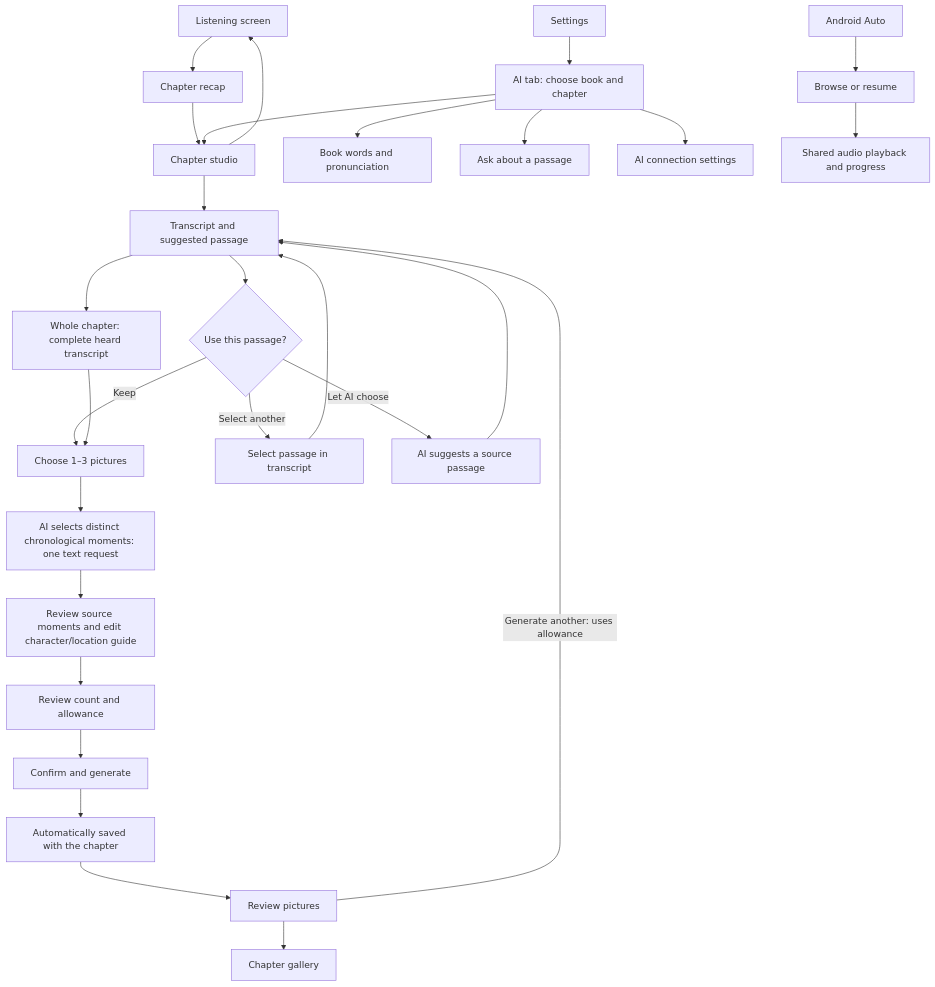
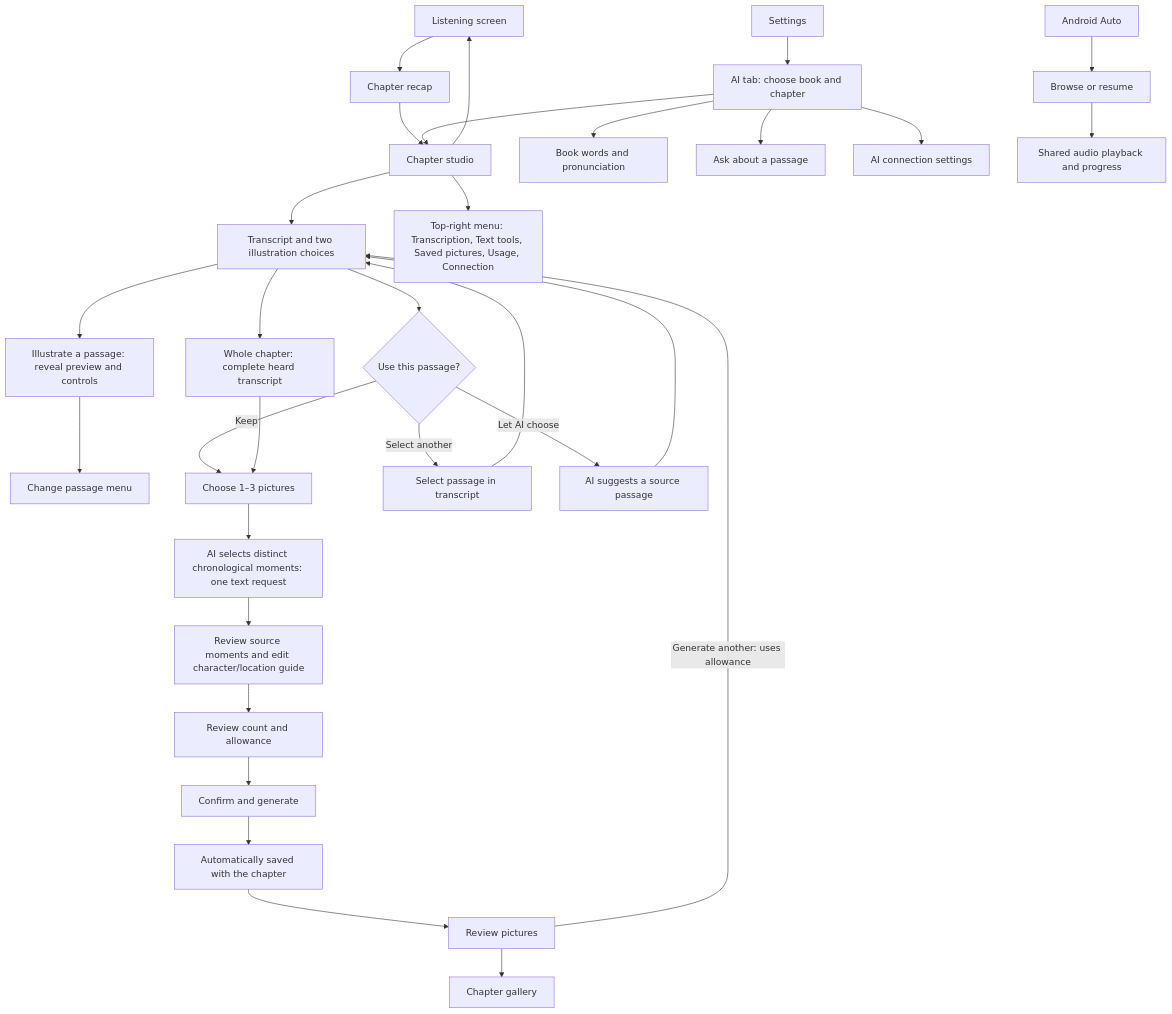
The diagram in docs/ai-user-flow.md (AdLgames/morrowaudio), drawn with Mermaid before and after one commit. The commit also changed other lines of this file and 6 other files, not shown here.

Commit message:
Condense Chapter Studio into two illustration choices and contextual tool menus

````diff
--- a/docs/ai-user-flow.md
+++ b/docs/ai-user-flow.md
@@ -5,30 +5,33 @@
 ```mermaid
 flowchart TD
     L[Listening screen] --> R[Chapter recap]
     R --> S[Chapter studio]
     AI[AI tab: choose book and chapter] --> S
     Settings --> AI
-    S --> T[Transcript and suggested passage]
+    S --> T[Transcript and two illustration choices]
+    S --> Menu[Top-right menu: Transcription, Text tools, Saved pictures, Usage, Connection]
+    T --> Passage[Illustrate a passage: reveal preview and controls]
+    Passage --> Change[Change passage menu]
     T --> P{Use this passage?}
     P -->|Keep| N[Choose 1–3 pictures]
     P -->|Select another| M[Select passage in transcript]
     P -->|Let AI choose| A[AI suggests a source passage]
     M --> T
     A --> T
     T --> Whole[Whole chapter: complete heard transcript]
     Whole --> N
     N --> Plan[AI selects distinct chronological moments: one text request]
     Plan --> Guide[Review source moments and edit character/location guide]
     Guide --> Q[Review count and allowance]
     Q --> G[Confirm and generate]
     G --> Saved[Automatically saved with the chapter]
     Saved --> V[Review pictures]
     V --> C[Chapter gallery]
     V -->|Generate another: uses allowance| T
     AI --> Words[Book words and pronunciation]
     AI --> Ask[Ask about a passage]
     AI --> Connection[AI connection settings]
     S --> L
     Auto[Android Auto] --> B[Browse or resume]
     B --> Play[Shared audio playback and progress]
 ```
````
